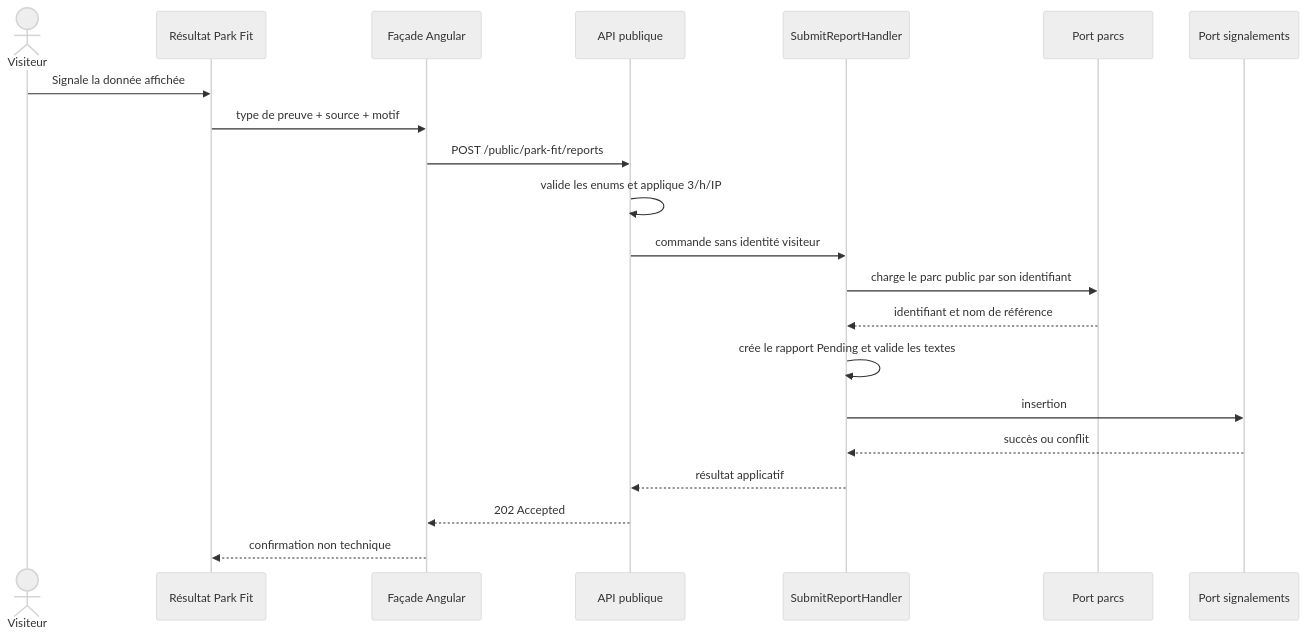
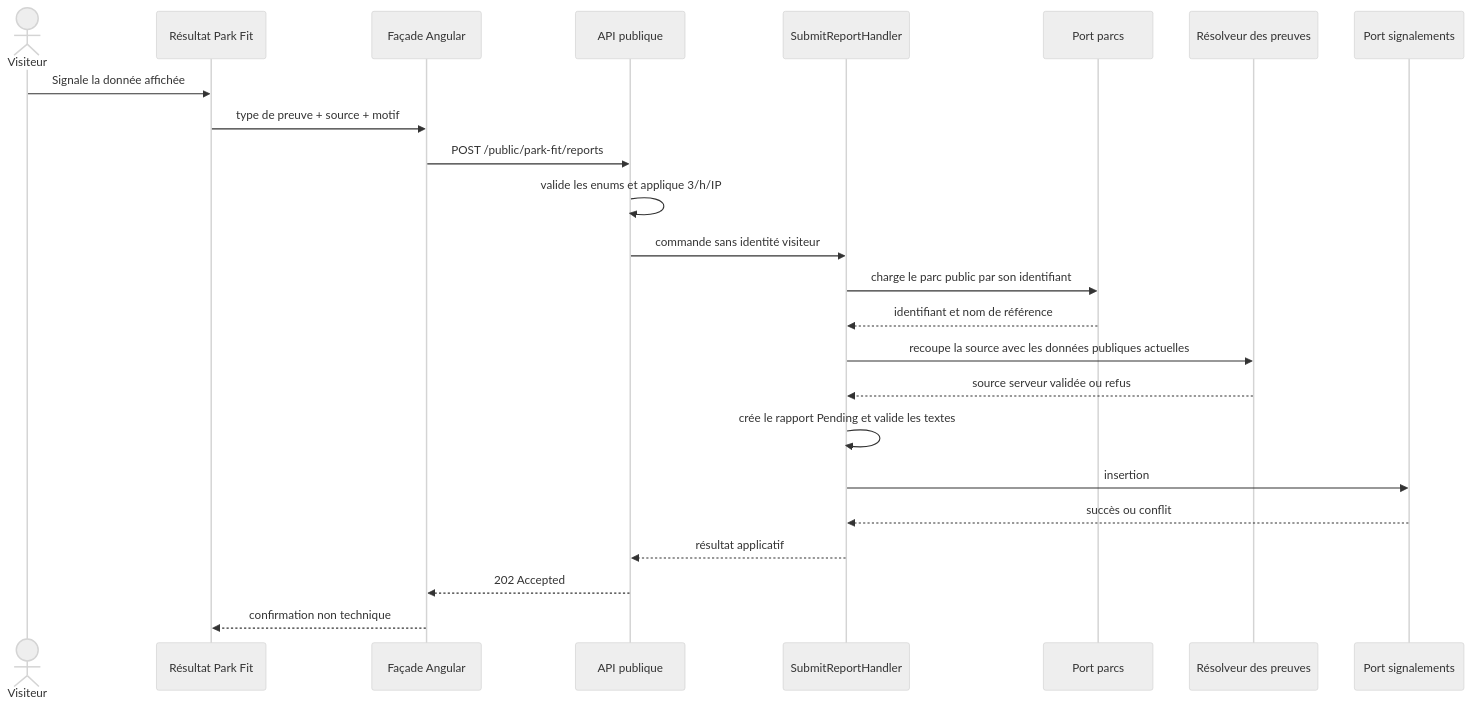
The third of 5 diagrams in docs/architecture/product-growth-fit-13-sources-reports-suspension-2026-09-14.md (Ced59/AmusementParkProject), drawn with Mermaid (neutral theme) before and after one commit. The commit also changed other lines of this file and 7 other files, not shown here.

Commit message:
fix: vérifier les sources des signalements Park Fit

````diff
--- a/docs/architecture/product-growth-fit-13-sources-reports-suspension-2026-09-14.md
+++ b/docs/architecture/product-growth-fit-13-sources-reports-suspension-2026-09-14.md
@@ -173,24 +180,27 @@
 ```mermaid
 sequenceDiagram
     actor V as Visiteur
     participant UI as Résultat Park Fit
     participant F as Façade Angular
     participant A as API publique
     participant H as SubmitReportHandler
     participant P as Port parcs
+    participant E as Résolveur des preuves
     participant R as Port signalements
 
     V->>UI: Signale la donnée affichée
     UI->>F: type de preuve + source + motif
     F->>A: POST /public/park-fit/reports
     A->>A: valide les enums et applique 3/h/IP
     A->>H: commande sans identité visiteur
     H->>P: charge le parc public par son identifiant
     P-->>H: identifiant et nom de référence
+    H->>E: recoupe la source avec les données publiques actuelles
+    E-->>H: source serveur validée ou refus
     H->>H: crée le rapport Pending et valide les textes
     H->>R: insertion
     R-->>H: succès ou conflit
     H-->>A: résultat applicatif
     A-->>F: 202 Accepted
     F-->>UI: confirmation non technique
 ```
````
